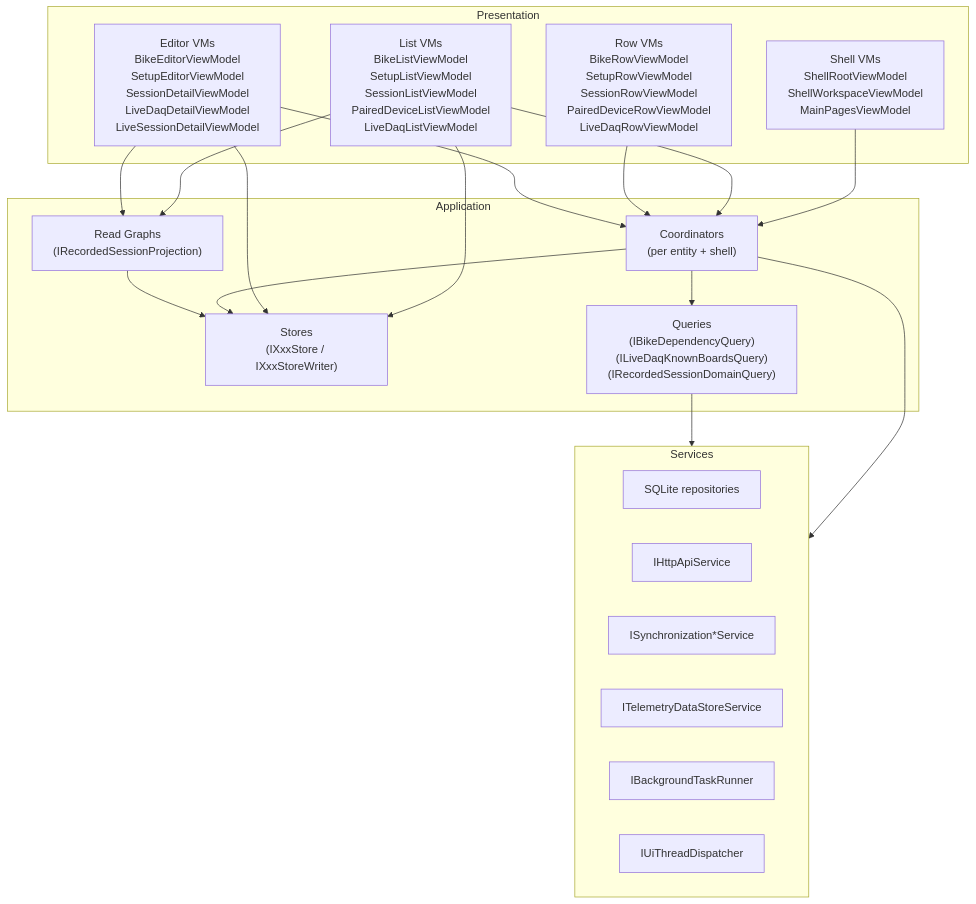
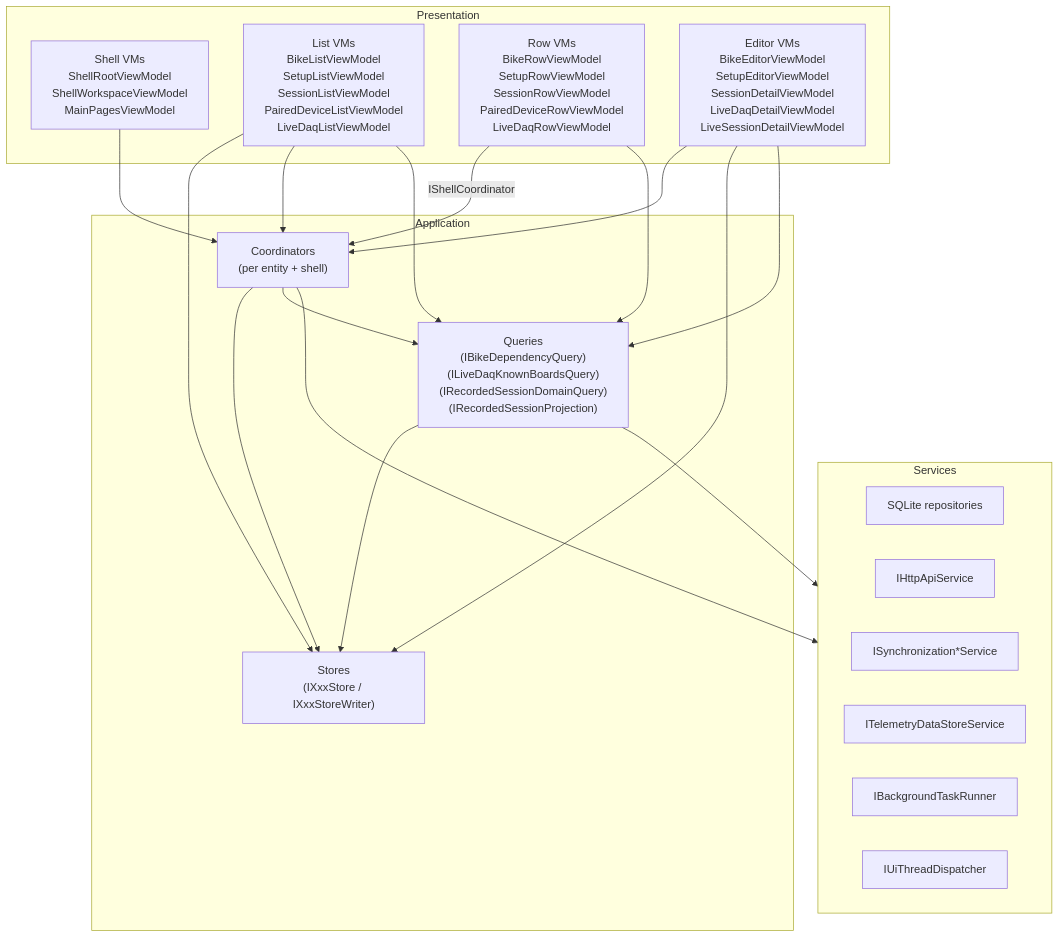
The diagram in docs/architecture/ui.md (MoridinBG/Sufni.app), drawn with Mermaid before and after one commit. The commit also changed other lines of this file and 422 other files, not shown here.

````diff
--- a/docs/architecture/ui.md
+++ b/docs/architecture/ui.md
@@ -69,39 +71,39 @@
 ```mermaid
 graph TB
     subgraph Presentation["Presentation"]
         Shell["Shell VMs<br/>ShellRootViewModel<br/>ShellWorkspaceViewModel<br/>MainPagesViewModel"]
         Lists["List VMs<br/>BikeListViewModel<br/>SetupListViewModel<br/>SessionListViewModel<br/>PairedDeviceListViewModel<br/>LiveDaqListViewModel"]
         Rows["Row VMs<br/>BikeRowViewModel<br/>SetupRowViewModel<br/>SessionRowViewModel<br/>PairedDeviceRowViewModel<br/>LiveDaqRowViewModel"]
         Editors["Editor VMs<br/>BikeEditorViewModel<br/>SetupEditorViewModel<br/>SessionDetailViewModel<br/>LiveDaqDetailViewModel<br/>LiveSessionDetailViewModel"]
     end
 
     subgraph Application["Application"]
         Coords["Coordinators<br/>(per entity + shell)"]
         Stores["Stores<br/>(IXxxStore / IXxxStoreWriter)"]
-        Graphs["Read Graphs<br/>(IRecordedSessionProjection)"]
-        Queries["Queries<br/>(IBikeDependencyQuery)<br/>(ILiveDaqKnownBoardsQuery)<br/>(IRecordedSessionDomainQuery)"]
+        Queries["Queries<br/>(IBikeDependencyQuery)<br/>(ILiveDaqKnownBoardsQuery)<br/>(IRecordedSessionDomainQuery)<br/>(IRecordedSessionProjection)"]
     end
 
     subgraph Services["Services"]
         DBSvc["SQLite repositories"]
         HttpSvc["IHttpApiService"]
         SyncSvc["ISynchronization*Service"]
         DSSSvc["ITelemetryDataStoreService"]
         BgSvc["IBackgroundTaskRunner"]
         UiSvc["IUiThreadDispatcher"]
     end
 
     Shell --> Coords
     Lists --> Stores
-    Lists --> Graphs
     Lists --> Coords
-    Rows --> Coords
+    Lists --> Queries
+    Rows -->|IShellCoordinator| Coords
+    Rows --> Queries
     Editors --> Coords
     Editors --> Stores
-    Editors --> Graphs
+    Editors --> Queries
     Coords --> Stores
     Coords --> Queries
     Coords --> Services
-    Graphs --> Stores
+    Queries --> Stores
     Queries --> Services
 ```
````
